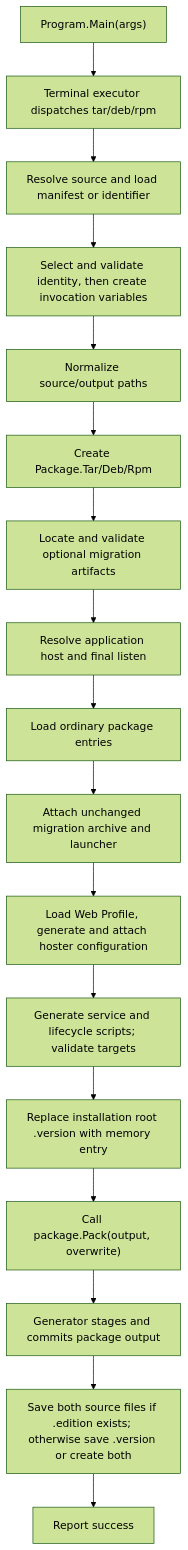
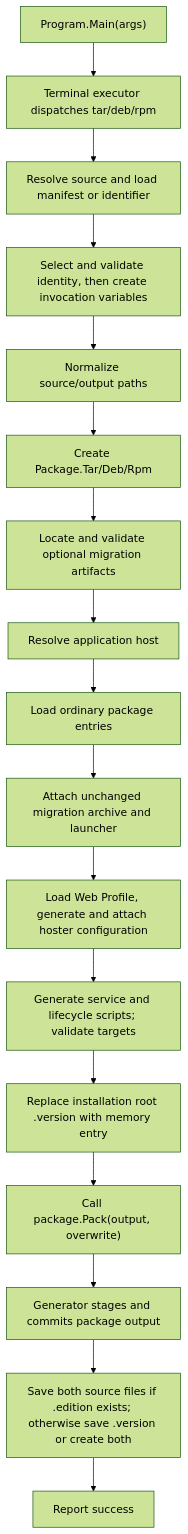
One commit to Zongsoft/tools changed the diagram in packager/docs/implementation.md. Above: the diagram before and after it, drawn with Mermaid (forest theme). The commit also changed other lines of this file and 166 other files, not shown here.

````diff
--- a/packager/docs/implementation.md
+++ b/packager/docs/implementation.md
@@ -70,19 +70,19 @@
 ```mermaid
 flowchart TD
     A["Program.Main(args)"] --> B["Terminal executor dispatches tar/deb/rpm"]
     B --> C["Resolve source and load manifest or identifier"]
     C --> D["Select and validate identity, then create invocation variables"]
     D --> E["Normalize source/output paths"]
     E --> F["Create Package.Tar/Deb/Rpm"]
     F --> M["Locate and validate optional migration artifacts"]
-    M --> G["Resolve application host and final listen"]
+    M --> G["Resolve application host"]
     G --> H["Load ordinary package entries"]
     H --> N["Attach unchanged migration archive and launcher"]
     N --> W["Load Web Profile, generate and attach hoster configuration"]
     W --> L["Generate service and lifecycle scripts; validate targets"]
     L --> V["Replace installation root .version with memory entry"]
     V --> I["Call package.Pack(output, overwrite)"]
     I --> J["Generator stages and commits package output"]
     J --> S["Save both source files if .edition exists; otherwise save .version or create both"]
     S --> OK["Report success"]
 ```
````
